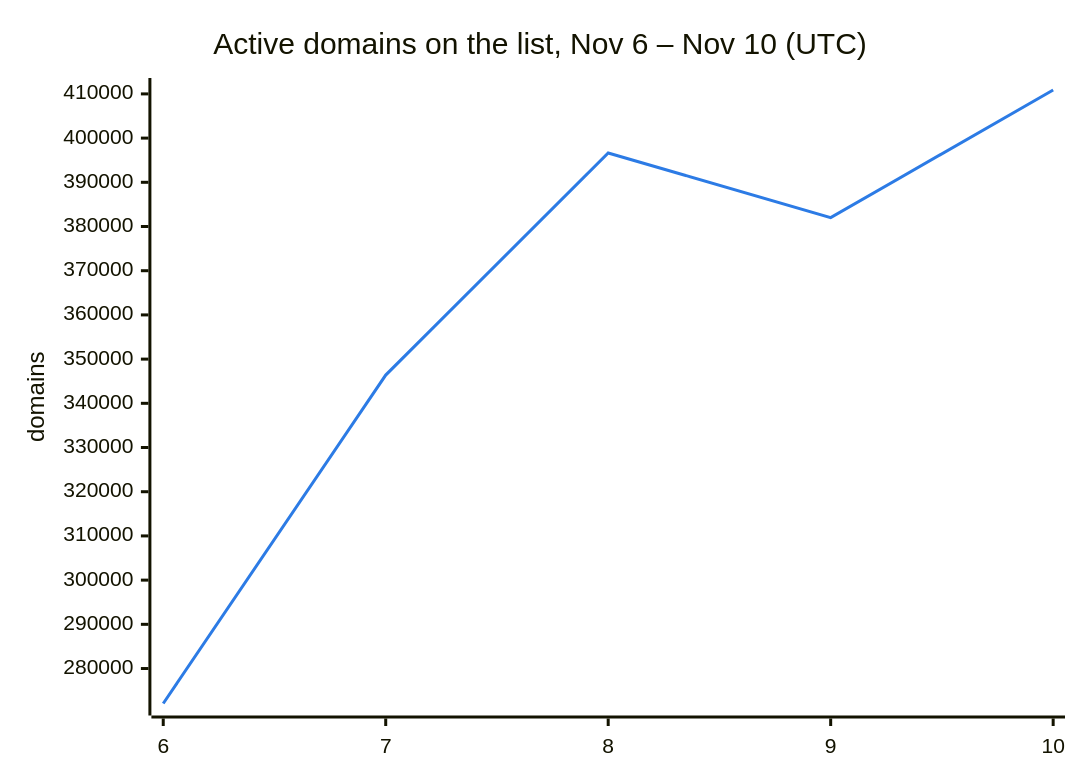
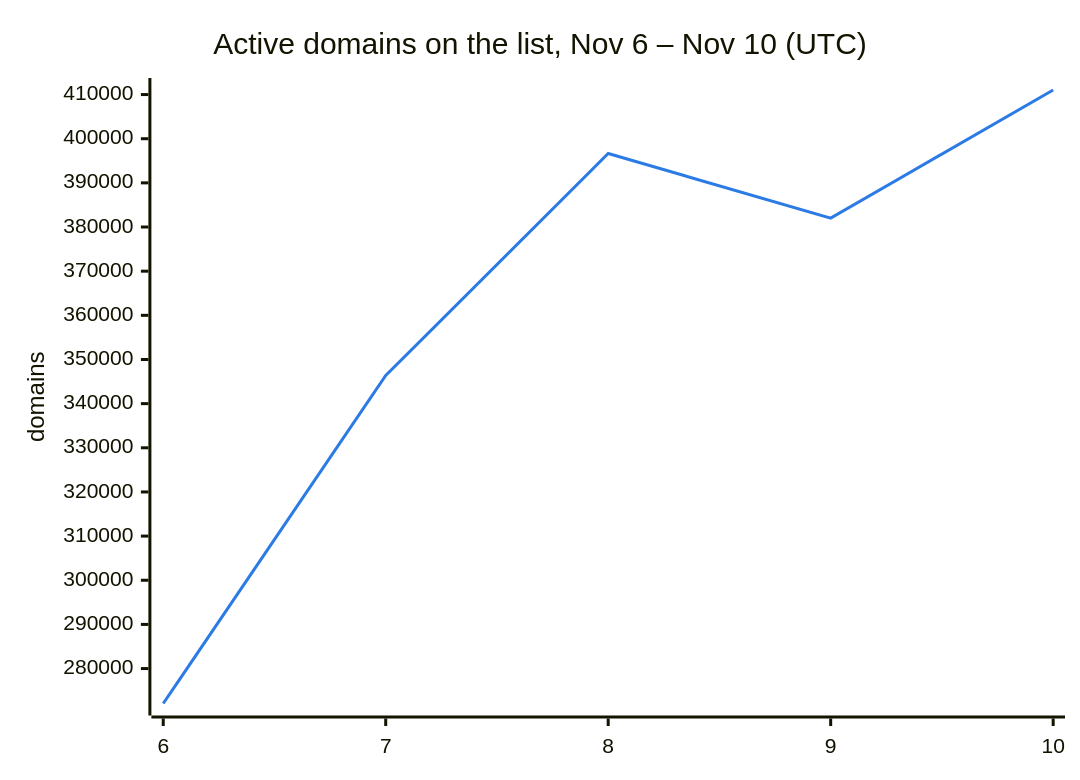
One commit to DNSBunker/CTI changed the second of 3 diagrams in README.md. Above: the diagram before and after it, drawn with Mermaid. The commit also changed other lines of this file and 3 other files, not shown here.

````diff
--- a/README.md
+++ b/README.md
@@ -38,8 +38,8 @@
 ```mermaid
 %%{init: {"themeVariables": {"xyChart": {"plotColorPalette": "#2c7be5"}}}}%%
 xychart-beta
     title "Active domains on the list, Nov 6 – Nov 10 (UTC)"
     x-axis ["6", "7", "8", "9", "10"]
     y-axis "domains"
-    line [272088, 346388, 396638, 382009, 410883]
+    line [272088, 346388, 396638, 382009, 411032]
 ```
````
